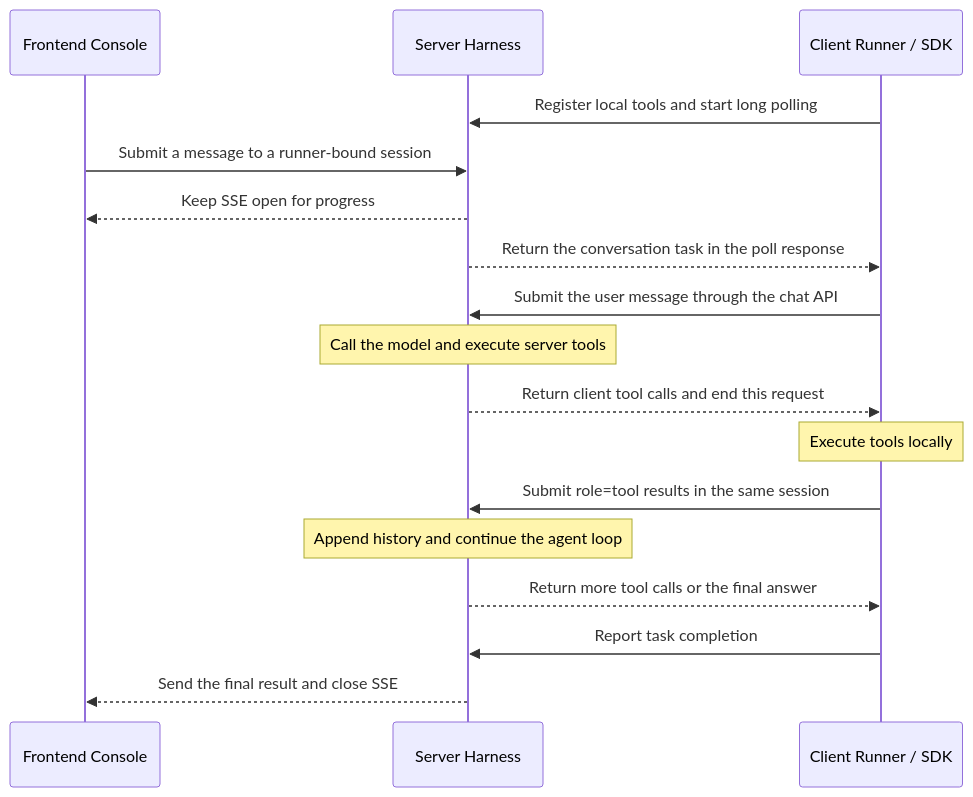
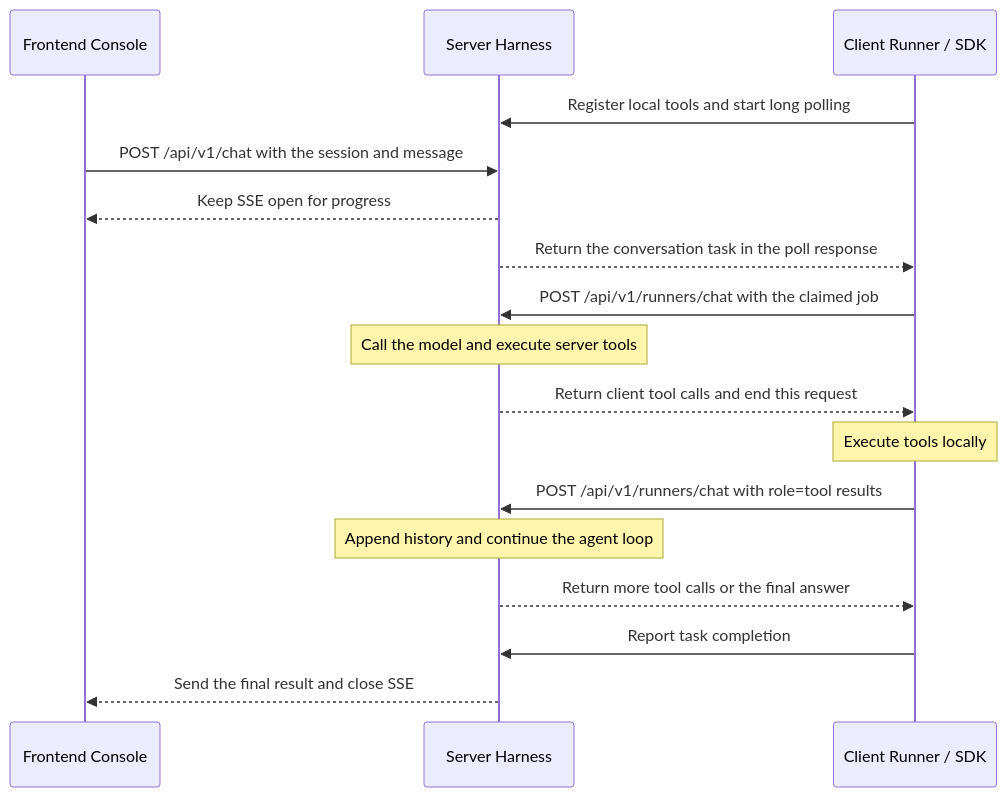
One commit to differentialmanifold/jagent-harness changed the diagram in README.md. Above: the diagram before and after it, drawn with Mermaid. The commit also changed other lines of this file and 128 other files, not shown here.

````diff
--- a/README.md
+++ b/README.md
@@ -37,23 +37,23 @@
 ```mermaid
 sequenceDiagram
     participant UI as Frontend Console
     participant S as Server Harness
     participant R as Client Runner / SDK
 
     R->>S: Register local tools and start long polling
-    UI->>S: Submit a message to a runner-bound session
+    UI->>S: POST /api/v1/chat with the session and message
     S-->>UI: Keep SSE open for progress
     S-->>R: Return the conversation task in the poll response
 
-    R->>S: Submit the user message through the chat API
+    R->>S: POST /api/v1/runners/chat with the claimed job
     Note over S: Call the model and execute server tools
     S-->>R: Return client tool calls and end this request
 
     Note over R: Execute tools locally
-    R->>S: Submit role=tool results in the same session
+    R->>S: POST /api/v1/runners/chat with role=tool results
     Note over S: Append history and continue the agent loop
     S-->>R: Return more tool calls or the final answer
 
     R->>S: Report task completion
     S-->>UI: Send the final result and close SSE
 ```
````
